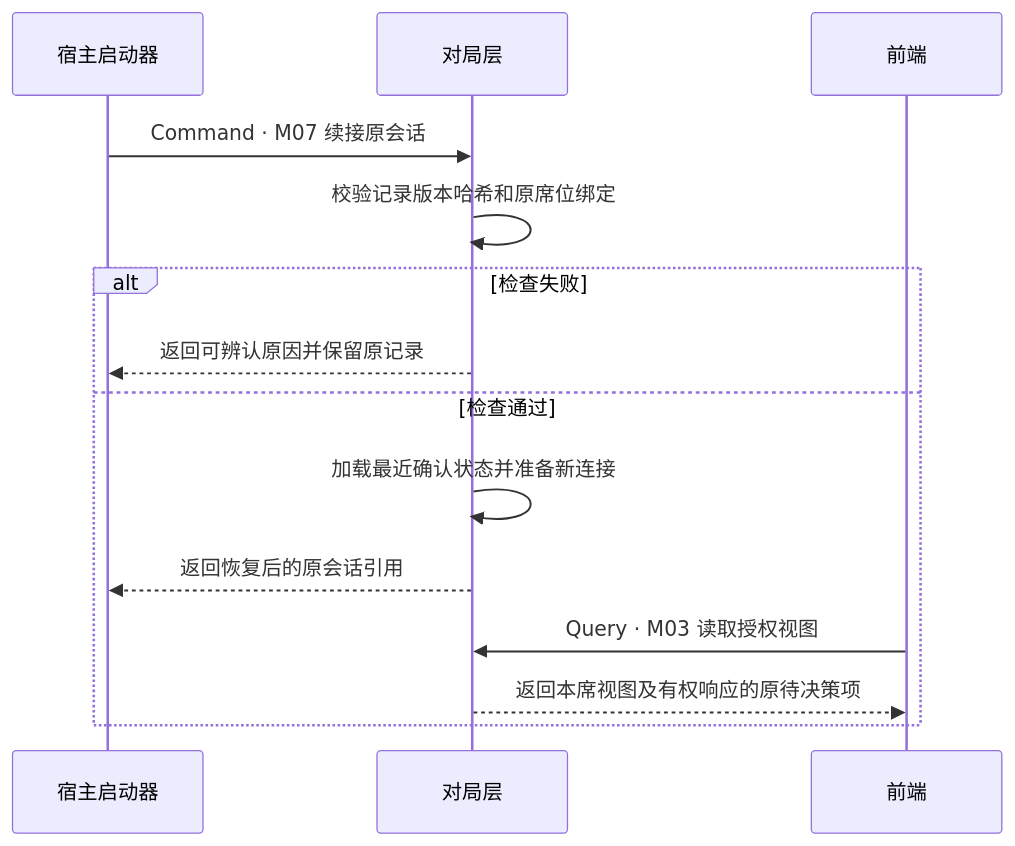
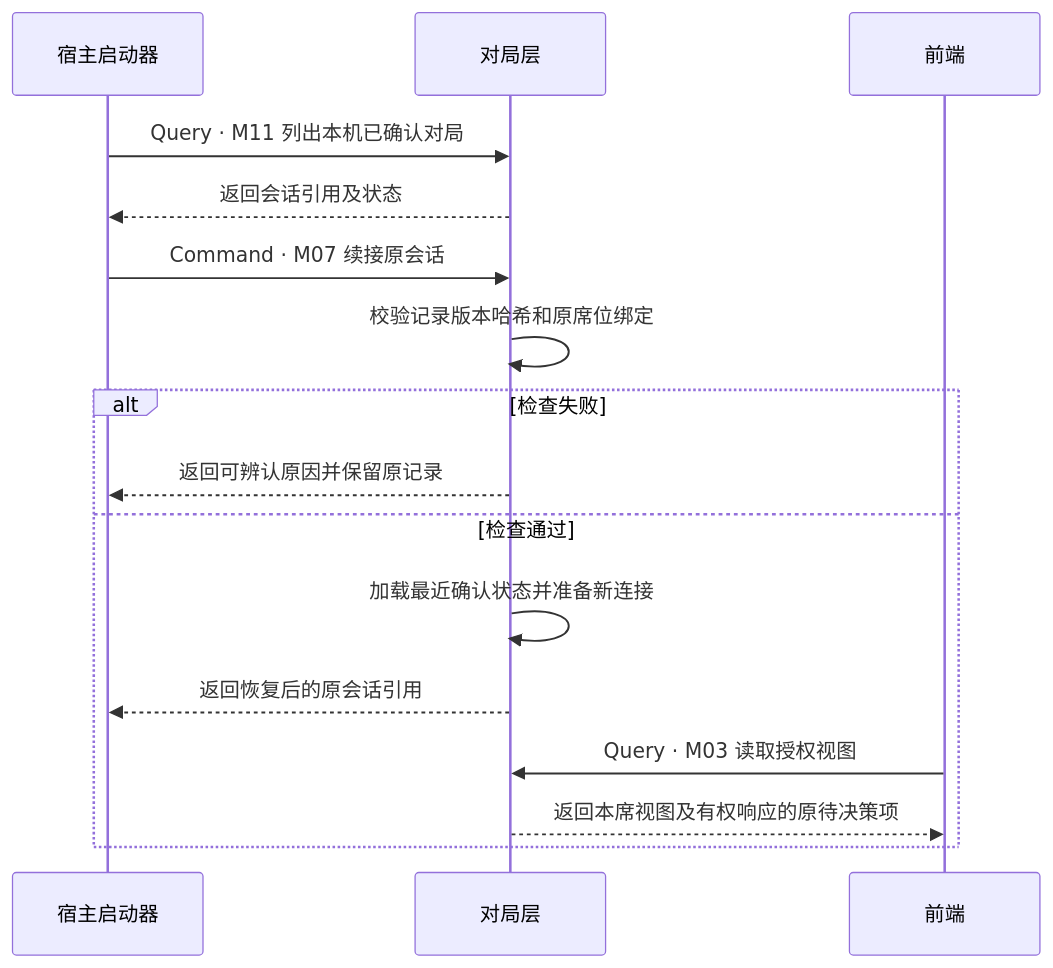
Before and after one commit to jigejiqiangshou/Critical-Provisional: diagram 11 of 12 in specs/001-offline-game-refactor/contracts/scenario-sequences.md, drawn with Mermaid. The commit also changed other lines of this file and 10 other files, not shown here.

````diff
--- a/specs/001-offline-game-refactor/contracts/scenario-sequences.md
+++ b/specs/001-offline-game-refactor/contracts/scenario-sequences.md
@@ -411,16 +415,18 @@
 ```mermaid
 sequenceDiagram
     participant L as 宿主启动器
     participant G as 对局层
     participant F as 前端
+    L->>G: Query · M11 列出本机已确认对局
+    G-->>L: 返回会话引用及状态
     L->>G: Command · M07 续接原会话
     G->>G: 校验记录版本哈希和原席位绑定
     alt 检查失败
         G-->>L: 返回可辨认原因并保留原记录
     else 检查通过
         G->>G: 加载最近确认状态并准备新连接
         G-->>L: 返回恢复后的原会话引用
         F->>G: Query · M03 读取授权视图
         G-->>F: 返回本席视图及有权响应的原待决策项
     end
 ```
````
